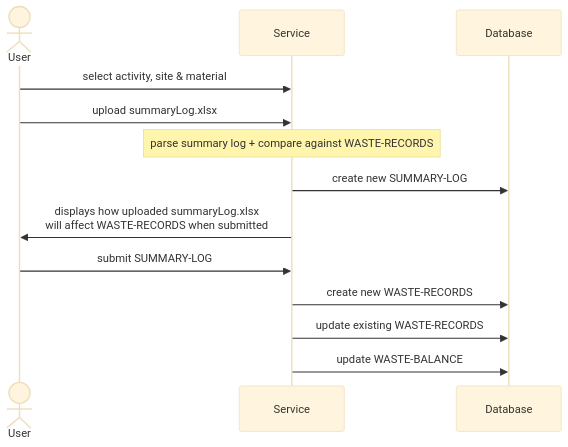
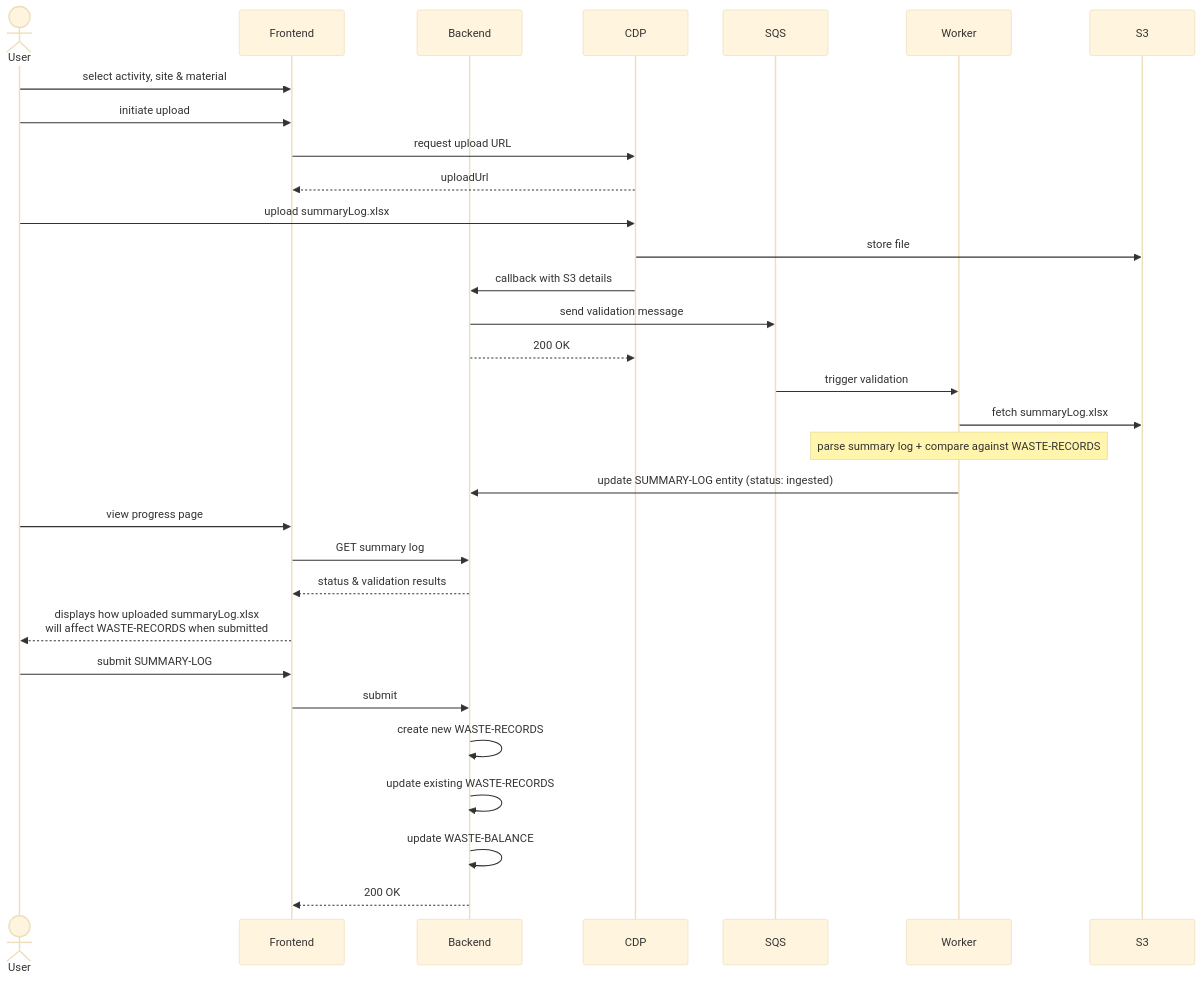
The ninth of 9 diagrams in docs/architecture/discovery/pepr-hld.md (DEFRA/epr-backend), drawn with Mermaid (base theme) before and after one commit. The commit also changed other lines of this file and 1 other file, not shown here.

Commit message:
Update design docs for event-driven summary log flow

````diff
--- a/docs/architecture/discovery/pepr-hld.md
+++ b/docs/architecture/discovery/pepr-hld.md
@@ -435,16 +438,34 @@
 ```mermaid
 sequenceDiagram
     actor User
-    participant Service
-    participant Database
+    participant Frontend
+    participant Backend
+    participant CDP
+    participant SQS
+    participant Worker
+    participant S3
 
-    User->>Service: select activity, site & material
-    User->>Service: upload summaryLog.xlsx
-    Note over Service: parse summary log + compare against WASTE-RECORDS
-    Service->>Database: create new SUMMARY-LOG
-    Service->>User: displays how uploaded summaryLog.xlsx<br> will affect WASTE-RECORDS when submitted
-    User->>Service: submit SUMMARY-LOG
-    Service->>Database: create new WASTE-RECORDS
-    Service->>Database: update existing WASTE-RECORDS
-    Service->>Database: update WASTE-BALANCE
+    User->>Frontend: select activity, site & material
+    User->>Frontend: initiate upload
+    Frontend->>CDP: request upload URL
+    CDP-->>Frontend: uploadUrl
+    User->>CDP: upload summaryLog.xlsx
+    CDP->>S3: store file
+    CDP->>Backend: callback with S3 details
+    Backend->>SQS: send validation message
+    Backend-->>CDP: 200 OK
+    SQS->>Worker: trigger validation
+    Worker->>S3: fetch summaryLog.xlsx
+    Note over Worker: parse summary log + compare against WASTE-RECORDS
+    Worker->>Backend: update SUMMARY-LOG entity (status: ingested)
+    User->>Frontend: view progress page
+    Frontend->>Backend: GET summary log
+    Backend-->>Frontend: status & validation results
+    Frontend-->>User: displays how uploaded summaryLog.xlsx<br> will affect WASTE-RECORDS when submitted
+    User->>Frontend: submit SUMMARY-LOG
+    Frontend->>Backend: submit
+    Backend->>Backend: create new WASTE-RECORDS
+    Backend->>Backend: update existing WASTE-RECORDS
+    Backend->>Backend: update WASTE-BALANCE
+    Backend-->>Frontend: 200 OK
 ```
````
